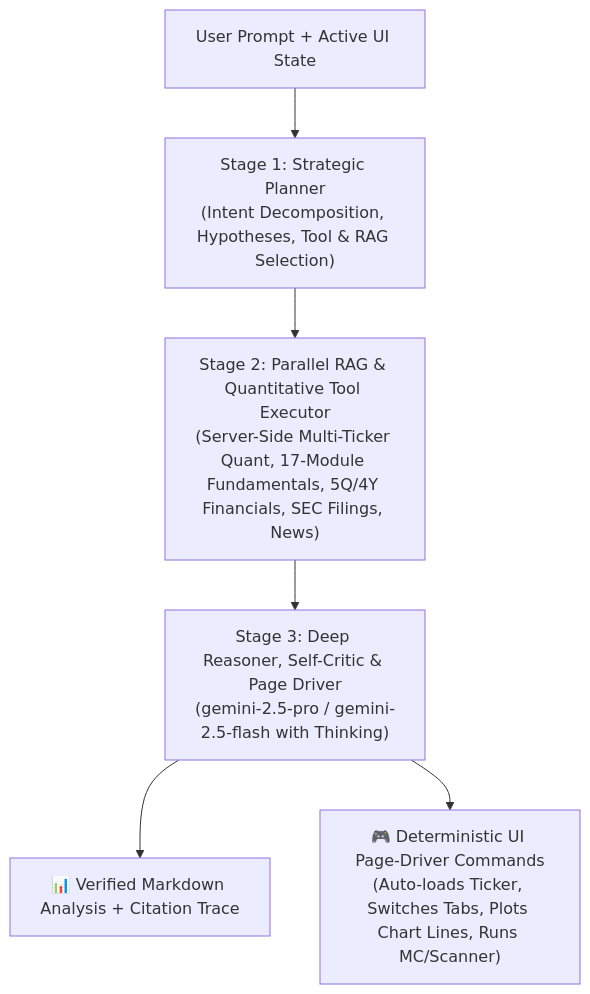
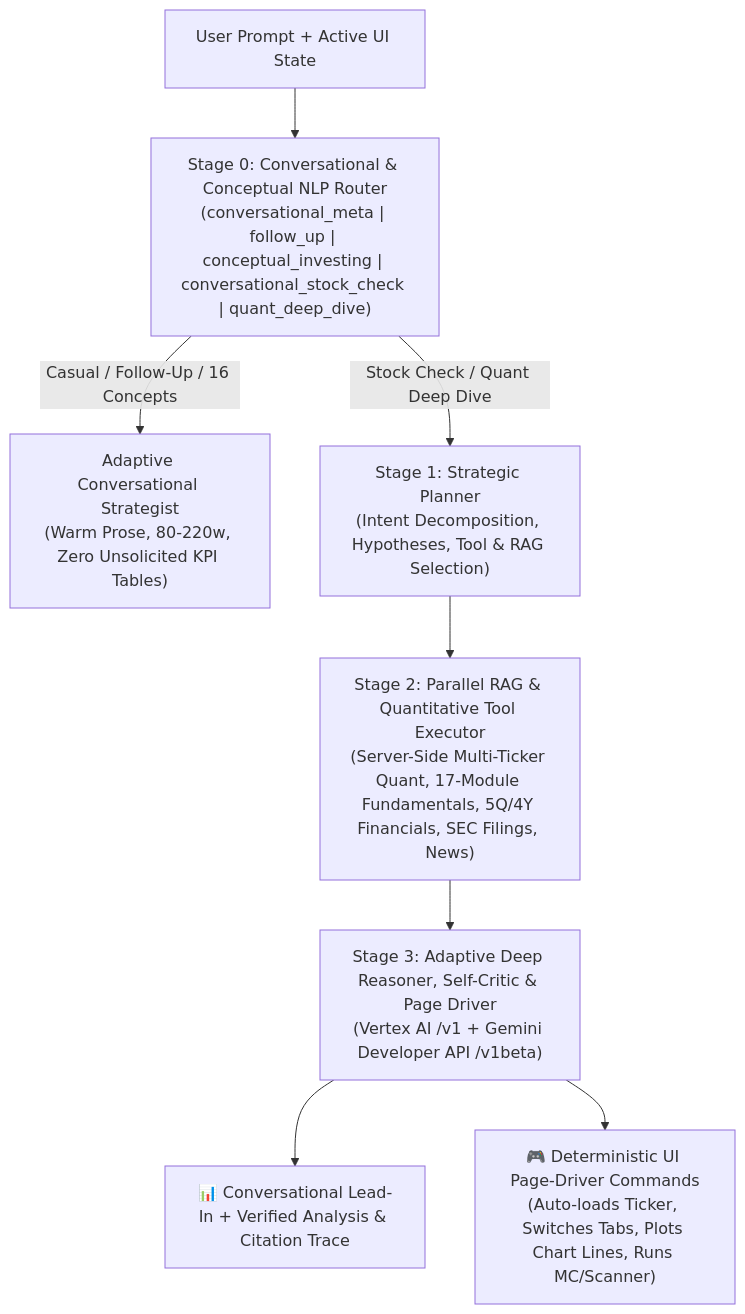
The diagram in .agents/skills/quant-stock-analyzer/PLANNER_SI_AND_SKILLS.md (ausanyal/stock_analyzer), drawn with Mermaid before and after one commit. The commit also changed other lines of this file and 3 other files, not shown here.

Commit message:
feat(copilot): add conversational & conceptual NLP router, adaptive Gemini prompt, and IME-safe drawer UX

````diff
--- a/.agents/skills/quant-stock-analyzer/PLANNER_SI_AND_SKILLS.md
+++ b/.agents/skills/quant-stock-analyzer/PLANNER_SI_AND_SKILLS.md
@@ -7,8 +12,10 @@
 ```mermaid
 flowchart TD
-    User["User Prompt + Active UI State"] --> Stage1["Stage 1: Strategic Planner<br/>(Intent Decomposition, Hypotheses, Tool & RAG Selection)"]
+    User["User Prompt + Active UI State"] --> Stage0["Stage 0: Conversational & Conceptual NLP Router<br/>(conversational_meta | follow_up | conceptual_investing | conversational_stock_check | quant_deep_dive)"]
+    Stage0 -->|"Casual / Follow-Up / 16 Concepts"| FastConv["Adaptive Conversational Strategist<br/>(Warm Prose, 80-220w, Zero Unsolicited KPI Tables)"]
+    Stage0 -->|"Stock Check / Quant Deep Dive"| Stage1["Stage 1: Strategic Planner<br/>(Intent Decomposition, Hypotheses, Tool & RAG Selection)"]
     Stage1 --> Stage2["Stage 2: Parallel RAG & Quantitative Tool Executor<br/>(Server-Side Multi-Ticker Quant, 17-Module Fundamentals, 5Q/4Y Financials, SEC Filings, News)"]
-    Stage2 --> Stage3["Stage 3: Deep Reasoner, Self-Critic & Page Driver<br/>(gemini-2.5-pro / gemini-2.5-flash with Thinking)"]
-    Stage3 --> Output1["📊 Verified Markdown Analysis + Citation Trace"]
+    Stage2 --> Stage3["Stage 3: Adaptive Deep Reasoner, Self-Critic & Page Driver<br/>(Vertex AI /v1 + Gemini Developer API /v1beta)"]
+    Stage3 --> Output1["📊 Conversational Lead-In + Verified Analysis & Citation Trace"]
     Stage3 --> Output2["🎮 Deterministic UI Page-Driver Commands<br/>(Auto-loads Ticker, Switches Tabs, Plots Chart Lines, Runs MC/Scanner)"]
 ```
````
